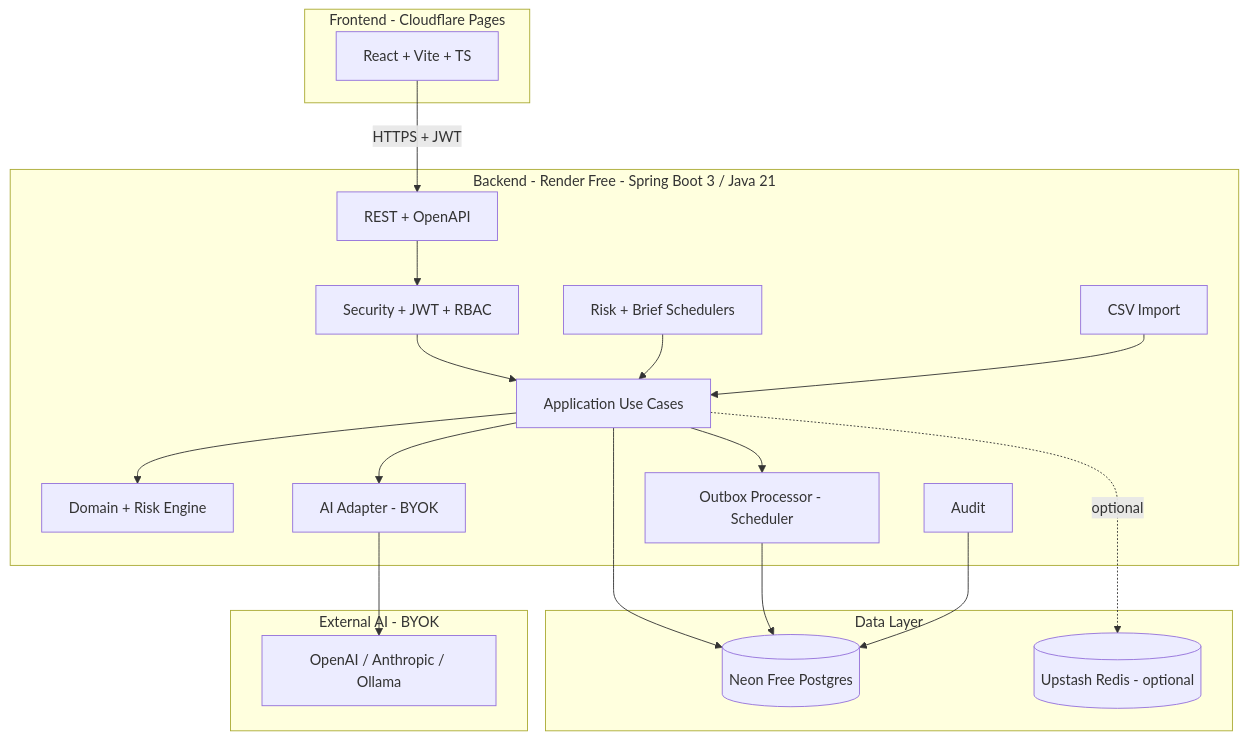
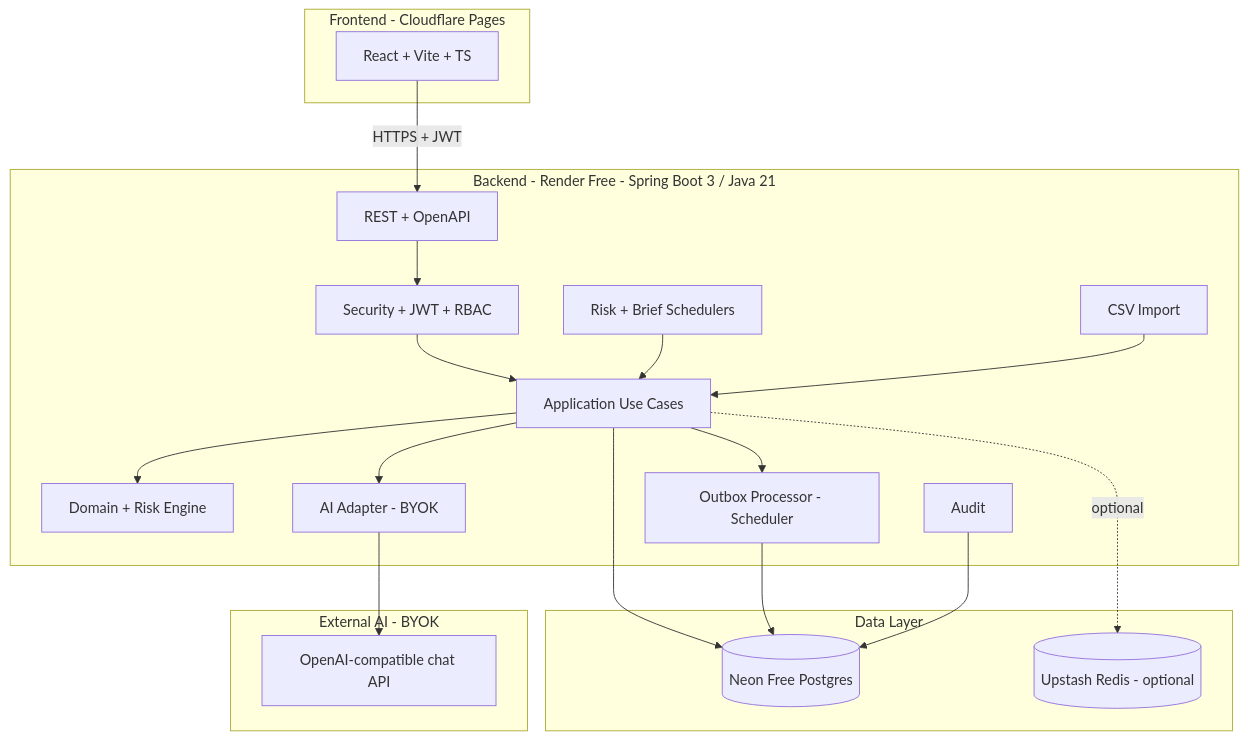
Before and after one commit to Praciller/opspulse-ai: the first of 3 diagrams in README.md, drawn with Mermaid. The commit also changed other lines of this file, not shown here.

````diff
--- a/README.md
+++ b/README.md
@@ -75,33 +81,33 @@
 ```mermaid
 flowchart TB
     subgraph Frontend[Frontend - Cloudflare Pages]
         React[React + Vite + TS]
     end
     subgraph Backend[Backend - Render Free - Spring Boot 3 / Java 21]
         API[REST + OpenAPI]
         Sec[Security + JWT + RBAC]
         UC[Application Use Cases]
         Dom[Domain + Risk Engine]
         AI[AI Adapter - BYOK]
         OB[Outbox Processor - Scheduler]
         Sch[Risk + Brief Schedulers]
         Imp[CSV Import]
         Aud[Audit]
     end
     subgraph Data[Data Layer]
         Neon[(Neon Free Postgres)]
         Upstash[(Upstash Redis - optional)]
     end
     subgraph ExtAI[External AI - BYOK]
-        Provider[OpenAI / Anthropic / Ollama]
+        Provider[OpenAI-compatible chat API]
     end
     React -->|HTTPS + JWT| API
     API --> Sec --> UC --> Dom
     UC --> Neon
     UC --> AI --> Provider
     UC --> OB --> Neon
     Sch --> UC
     Imp --> UC
     Aud --> Neon
     UC -.optional.-> Upstash
 ```
````
